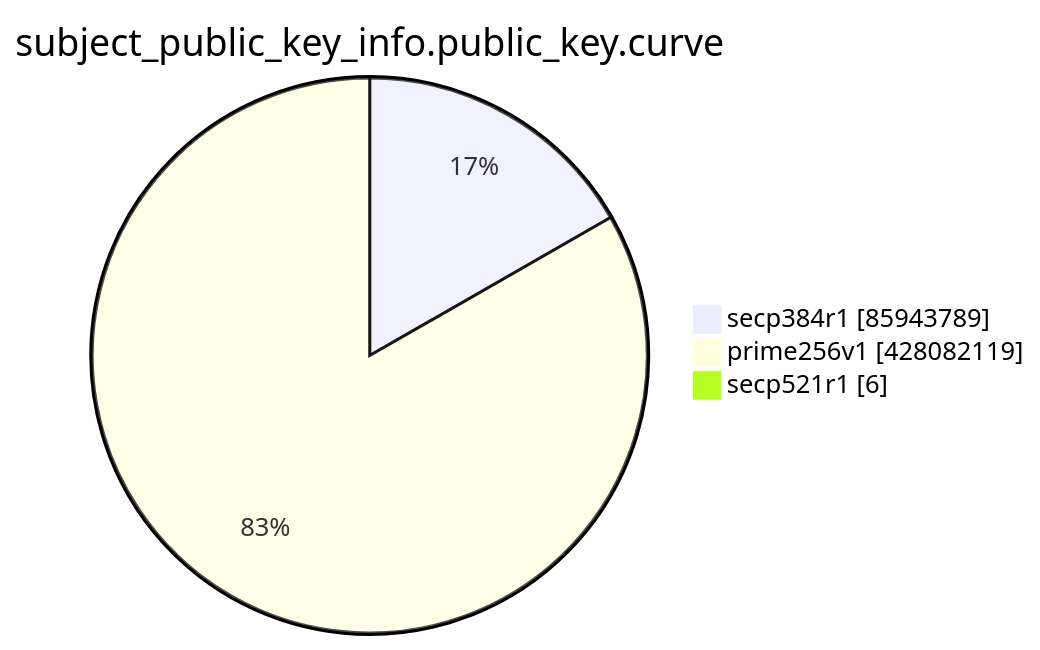
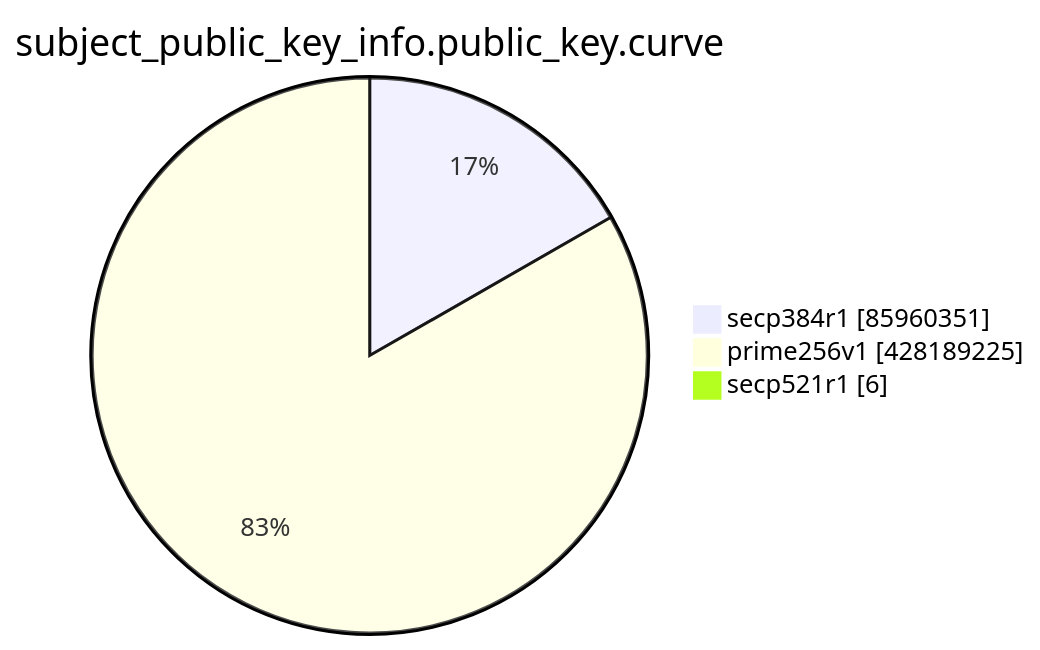
The eighth of 15 diagrams in TOTAL/README.md (christiankrug/ctmonitor_visualization), drawn with Mermaid before and after one commit. The commit also changed other lines of this file, not shown here.

````diff
--- a/TOTAL/README.md
+++ b/TOTAL/README.md
@@ -3100,7 +3100,7 @@
 ```mermaid
 pie showData
 title subject_public_key_info.public_key.curve
-"secp384r1" :85943789
-"prime256v1" :428082119
+"secp384r1" :85960351
+"prime256v1" :428189225
 "secp521r1" :6
 ```
````
